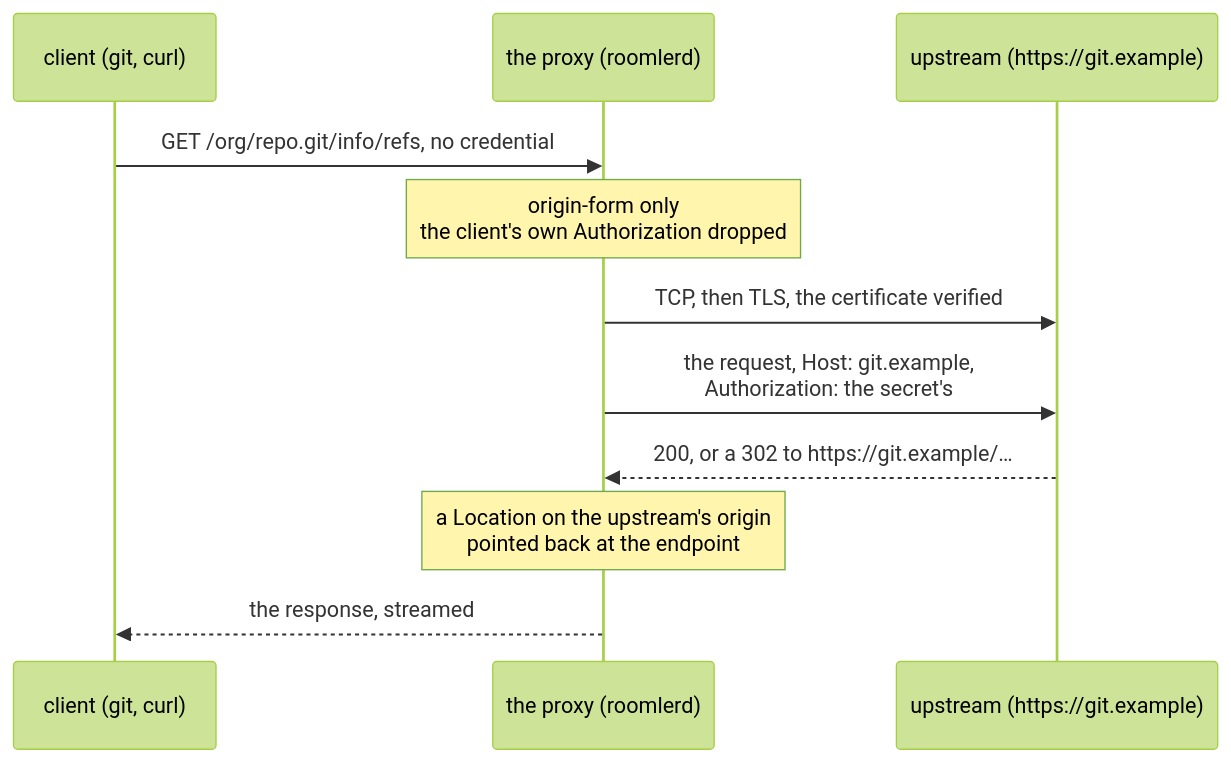
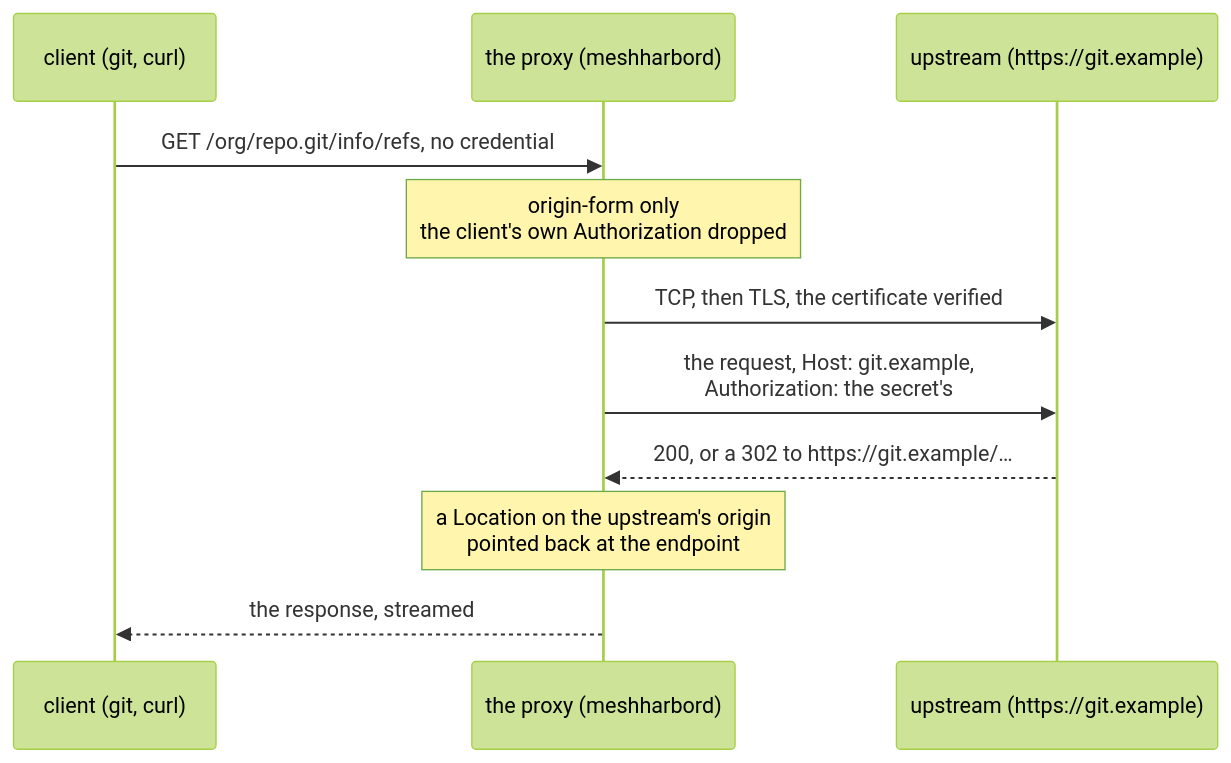
Diagram 16 of 31 in docs/vault.md (jk-zhang-meta/MeshHarbor), drawn with Mermaid (forest theme) before and after one commit. The commit also changed other lines of this file and 682 other files, not shown here.

````diff
--- a/docs/vault.md
+++ b/docs/vault.md
@@ -1369,13 +1369,13 @@
 ```mermaid
 sequenceDiagram
     participant C as client (git, curl)
-    participant P as the proxy (roomlerd)
+    participant P as the proxy (meshharbord)
     participant U as upstream (https://git.example)
     C->>P: GET /org/repo.git/info/refs, no credential
     Note over P: origin-form only<br/>the client's own Authorization dropped
     P->>U: TCP, then TLS, the certificate verified
     P->>U: the request, Host: git.example,<br/>Authorization: the secret's
     U-->>P: 200, or a 302 to https://git.example/…
     Note over P: a Location on the upstream's origin<br/>pointed back at the endpoint
     P-->>C: the response, streamed
 ```
````
